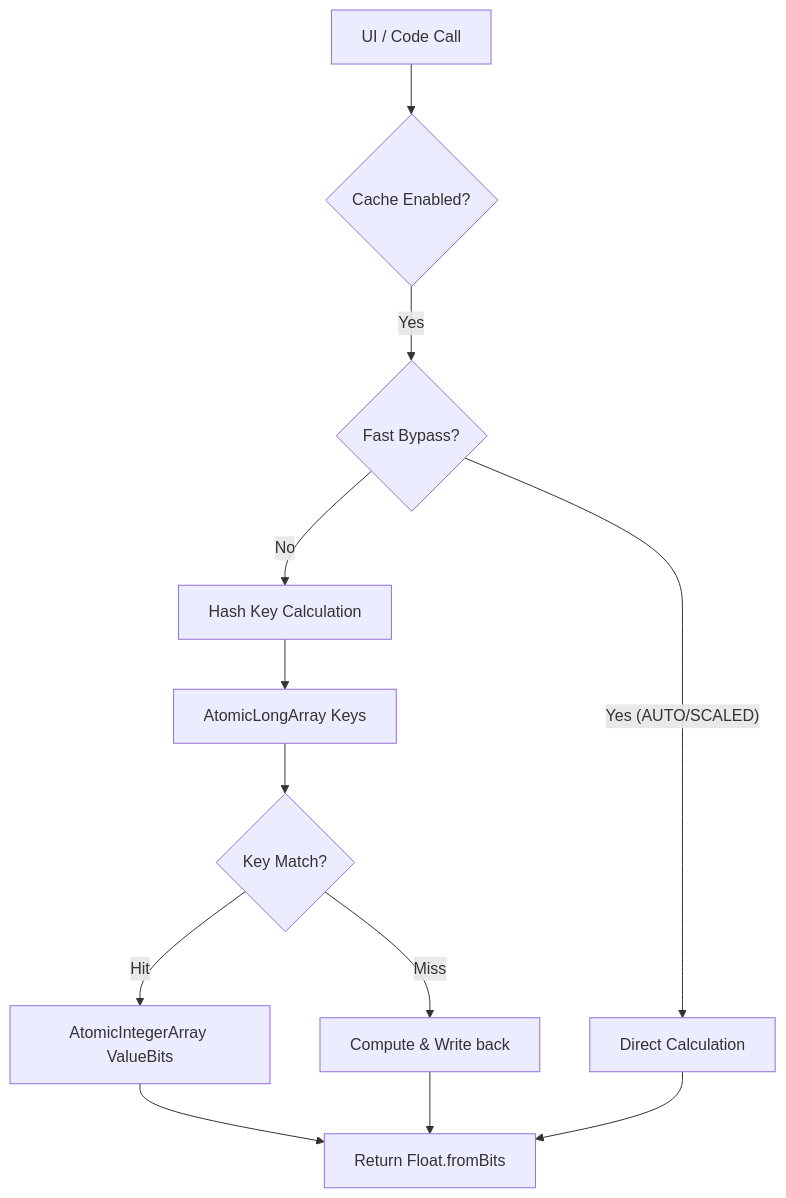
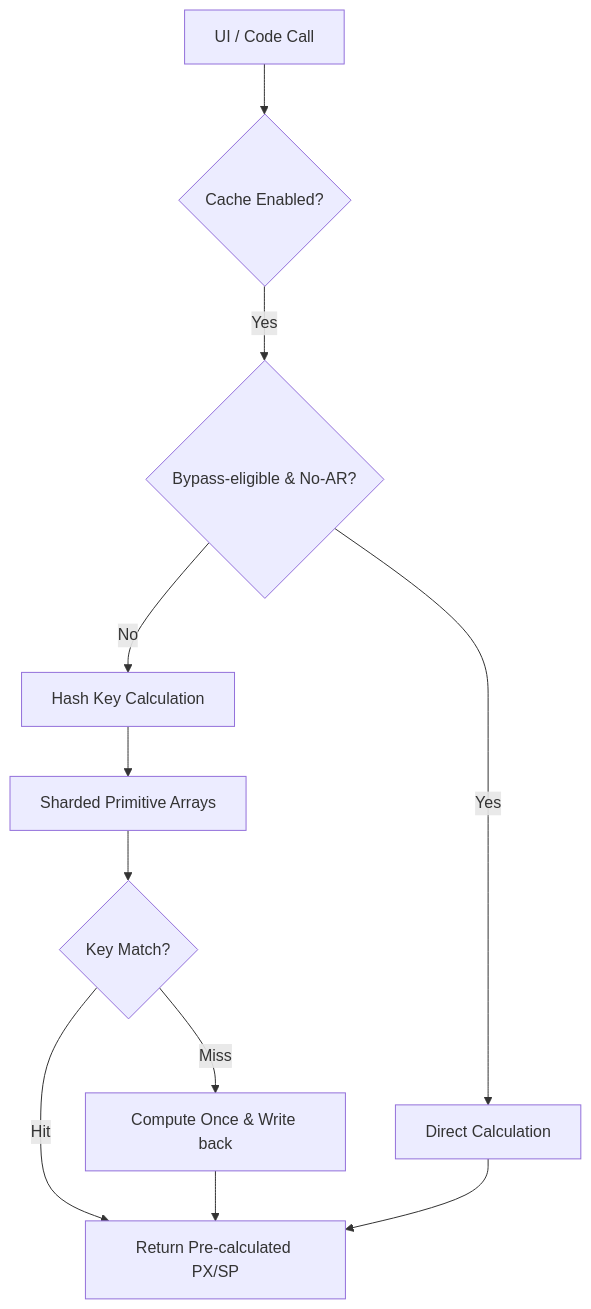
The diagram in PERFORMANCE.md (bodenberg/appdimens-dynamic), drawn with Mermaid before and after one commit. The commit also changed other lines of this file and 9 other files, not shown here.

````diff
--- a/PERFORMANCE.md
+++ b/PERFORMANCE.md
@@ -11,14 +13,13 @@
 ```mermaid
 graph TD
     A[UI / Code Call] --> B{Cache Enabled?}
-    B -- Yes --> C{Fast Bypass?}
-    C -- Yes (AUTO/SCALED) --> D[Direct Calculation]
+    B -- Yes --> C{Bypass-eligible & No-AR?}
+    C -- Yes --> D[Direct Calculation]
     C -- No --> E[Hash Key Calculation]
-    E --> F[AtomicLongArray Keys]
+    E --> F[Sharded Primitive Arrays]
     F --> G{Key Match?}
-    G -- Hit --> H[AtomicIntegerArray ValueBits]
-    G -- Miss --> I[Compute & Write back]
-    H --> J[Return Float.fromBits]
-    I --> J
-    D --> J
+    G -- Hit --> H[Return Pre-calculated PX/SP]
+    G -- Miss --> I[Compute Once & Write back]
+    I --> H
+    D --> H
 ```
````
